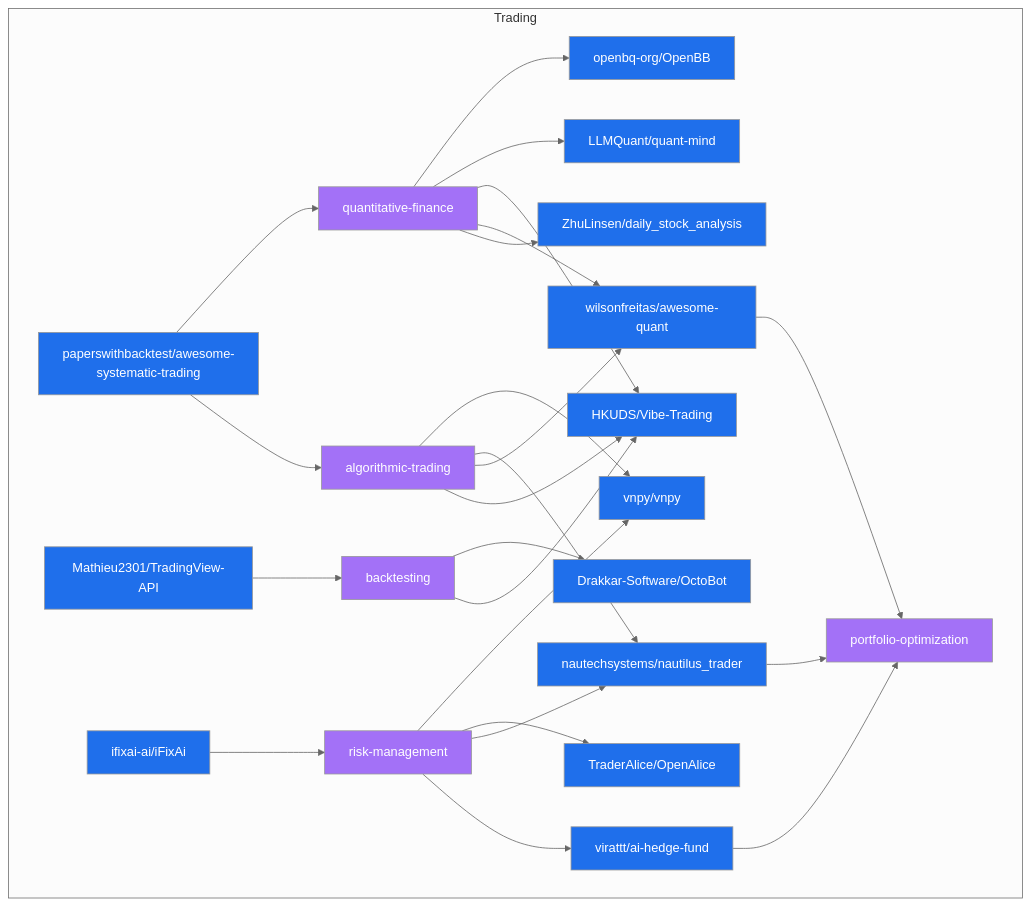
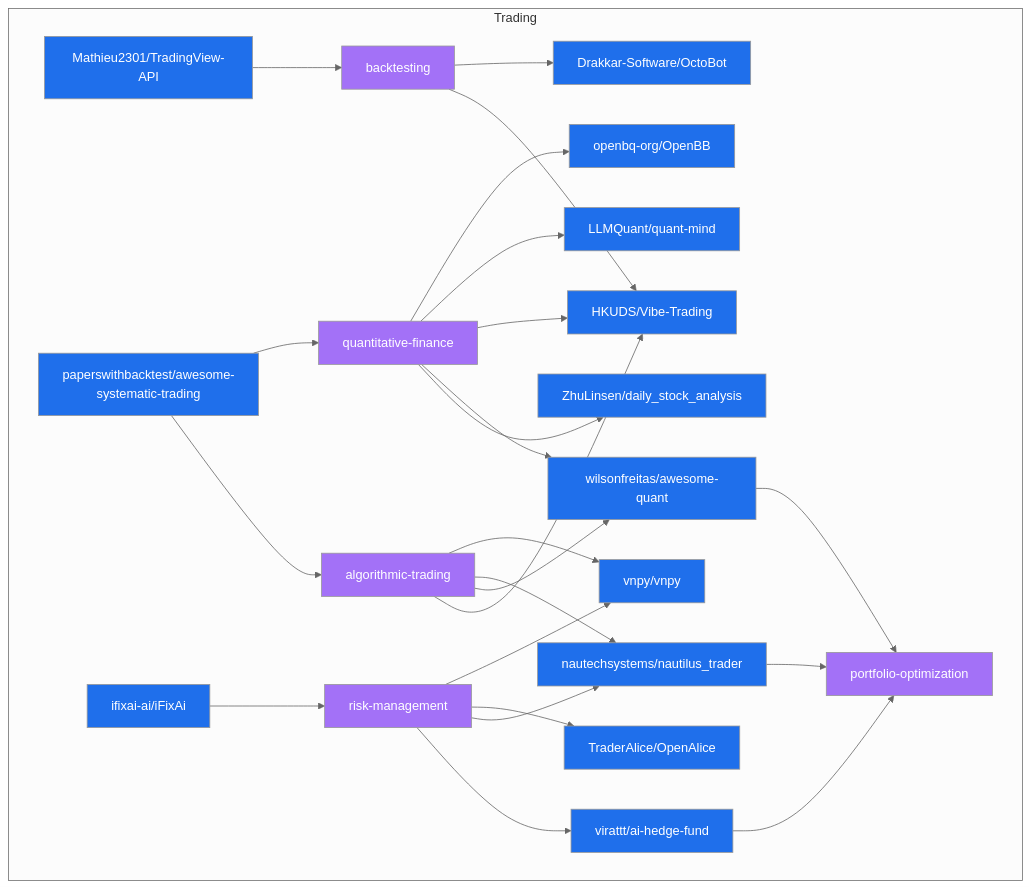
Before and after one commit to Meru143/star-graph: the diagram in data/star_graph_trading.mermaid, drawn with Mermaid (neutral theme). The commit also changed other lines of this file and 15 other files, not shown here.

Commit message:
chore: weekly star graph update 2026-10-19

```diff
--- a/data/star_graph_trading.mermaid
+++ b/data/star_graph_trading.mermaid
@@ -1,48 +1,48 @@
 graph TD
   subgraph trading ["Trading"]
+    Drakkar_Software_OctoBot["Drakkar-Software/OctoBot"]:::repo
     paperswithbacktest_awesome_systematic_trading["paperswithbacktest/awesome-systematic-trading"]:::repo
+    openbq_org_OpenBB["openbq-org/OpenBB"]:::repo
+    virattt_ai_hedge_fund["virattt/ai-hedge-fund"]:::repo
+    HKUDS_Vibe_Trading["HKUDS/Vibe-Trading"]:::repo
+    nautechsystems_nautilus_trader["nautechsystems/nautilus_trader"]:::repo
+    risk_management["risk-management"]:::topic
+    algorithmic_trading["algorithmic-trading"]:::topic
+    ifixai_ai_iFixAi["ifixai-ai/iFixAi"]:::repo
     TraderAlice_OpenAlice["TraderAlice/OpenAlice"]:::repo
+    backtesting["backtesting"]:::topic
     Mathieu2301_TradingView_API["Mathieu2301/TradingView-API"]:::repo
     vnpy_vnpy["vnpy/vnpy"]:::repo
-    risk_management["risk-management"]:::topic
-    openbq_org_OpenBB["openbq-org/OpenBB"]:::repo
-    LLMQuant_quant_mind["LLMQuant/quant-mind"]:::repo
-    algorithmic_trading["algorithmic-trading"]:::topic
-    ifixai_ai_iFixAi["ifixai-ai/iFixAi"]:::repo
-    quantitative_finance["quantitative-finance"]:::topic
-    backtesting["backtesting"]:::topic
-    Drakkar_Software_OctoBot["Drakkar-Software/OctoBot"]:::repo
-    virattt_ai_hedge_fund["virattt/ai-hedge-fund"]:::repo
-    ZhuLinsen_daily_stock_analysis["ZhuLinsen/daily_stock_analysis"]:::repo
     portfolio_optimization["portfolio-optimization"]:::topic
     wilsonfreitas_awesome_quant["wilsonfreitas/awesome-quant"]:::repo
-    HKUDS_Vibe_Trading["HKUDS/Vibe-Trading"]:::repo
-    nautechsystems_nautilus_trader["nautechsystems/nautilus_trader"]:::repo
+    ZhuLinsen_daily_stock_analysis["ZhuLinsen/daily_stock_analysis"]:::repo
+    LLMQuant_quant_mind["LLMQuant/quant-mind"]:::repo
+    quantitative_finance["quantitative-finance"]:::topic
   end
   Mathieu2301_TradingView_API --> backtesting
   backtesting --> HKUDS_Vibe_Trading
   backtesting --> Drakkar_Software_OctoBot
   paperswithbacktest_awesome_systematic_trading --> algorithmic_trading
   paperswithbacktest_awesome_systematic_trading --> quantitative_finance
   algorithmic_trading --> HKUDS_Vibe_Trading
   algorithmic_trading --> wilsonfreitas_awesome_quant
   algorithmic_trading --> nautechsystems_nautilus_trader
   algorithmic_trading --> vnpy_vnpy
   quantitative_finance --> ZhuLinsen_daily_stock_analysis
   quantitative_finance --> wilsonfreitas_awesome_quant
   quantitative_finance --> HKUDS_Vibe_Trading
   quantitative_finance --> LLMQuant_quant_mind
   quantitative_finance --> openbq_org_OpenBB
   ifixai_ai_iFixAi --> risk_management
   risk_management --> virattt_ai_hedge_fund
   risk_management --> nautechsystems_nautilus_trader
   risk_management --> TraderAlice_OpenAlice
   risk_management --> vnpy_vnpy
   wilsonfreitas_awesome_quant --> portfolio_optimization
   virattt_ai_hedge_fund --> portfolio_optimization
   nautechsystems_nautilus_trader --> portfolio_optimization
   classDef repo fill:#1f6feb,color:#fff;
   classDef topic fill:#a371f7,color:#fff;
   classDef technology fill:#3fb950,color:#fff;
   classDef use_case fill:#d29922,color:#fff;
   classDef architecture fill:#f85149,color:#fff;
```
